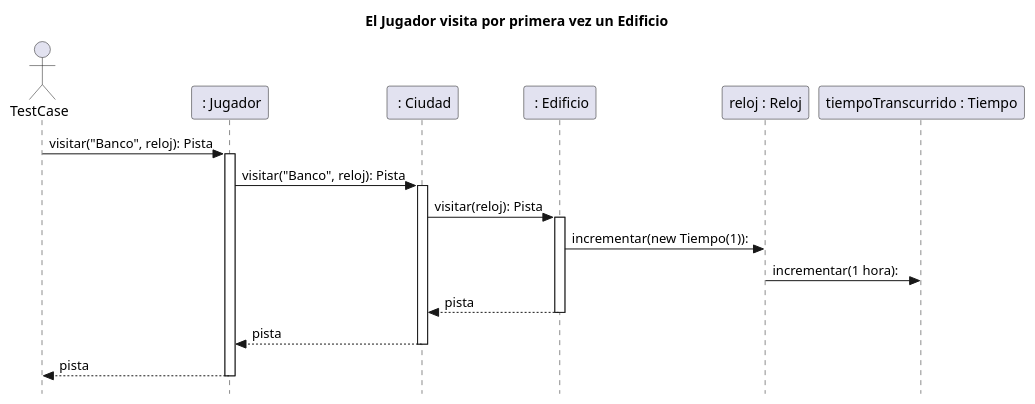
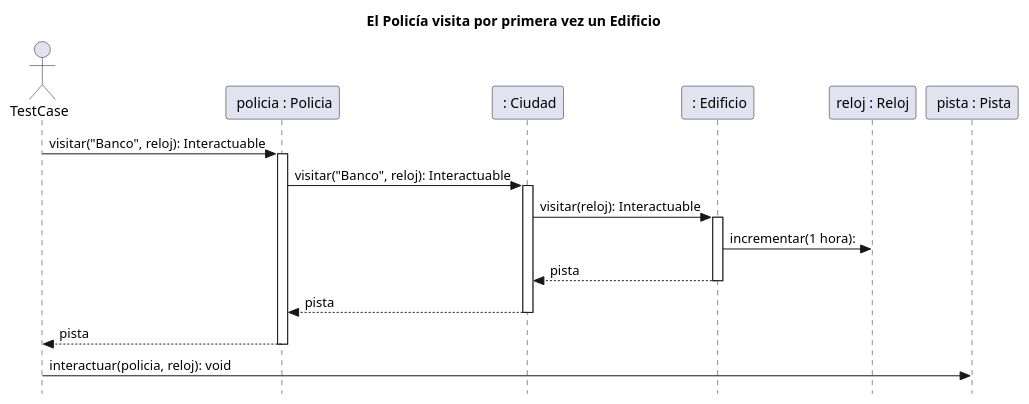
The diagram in diagrams/sequences/JugadorEntraAUnEdificioPorPrimeraVez.puml (martinanus/algo3_tp2), drawn with PlantUML before and after one commit.

Commit message:
Se actualiza Secuencia

```diff
--- a/diagrams/sequences/JugadorEntraAUnEdificioPorPrimeraVez.puml
+++ b/diagrams/sequences/JugadorEntraAUnEdificioPorPrimeraVez.puml
@@ -1,25 +1,24 @@
 @startuml
 skinparam style strictuml
-title:  El Jugador visita por primera vez un Edificio
+title:  El Policía visita por primera vez un Edificio
 actor TestCase
 
-participant " : Jugador" as jugador
+participant " policia : Policia" as policia
 participant " : Ciudad" as ciudad
 participant " : Edificio" as banco
 participant "reloj : Reloj" as reloj
-participant "tiempoTranscurrido : Tiempo" as tiempo
+participant " pista : Pista" as pista
 
-
-TestCase -> jugador: visitar("Banco", reloj): Pista
-activate jugador
-jugador -> ciudad: visitar("Banco", reloj): Pista
+TestCase -> policia: visitar("Banco", reloj): Interactuable
+activate policia
+policia -> ciudad: visitar("Banco", reloj): Interactuable
 activate ciudad
-ciudad -> banco: visitar(reloj): Pista
+ciudad -> banco: visitar(reloj): Interactuable
 activate banco
-banco -> reloj: incrementar(new Tiempo(1)):
-reloj -> tiempo: incrementar(1 hora):
+banco -> reloj: incrementar(1 hora):
 return pista
 return pista
 return pista
+TestCase -> pista: interactuar(policia, reloj): void
 
 @enduml
```
